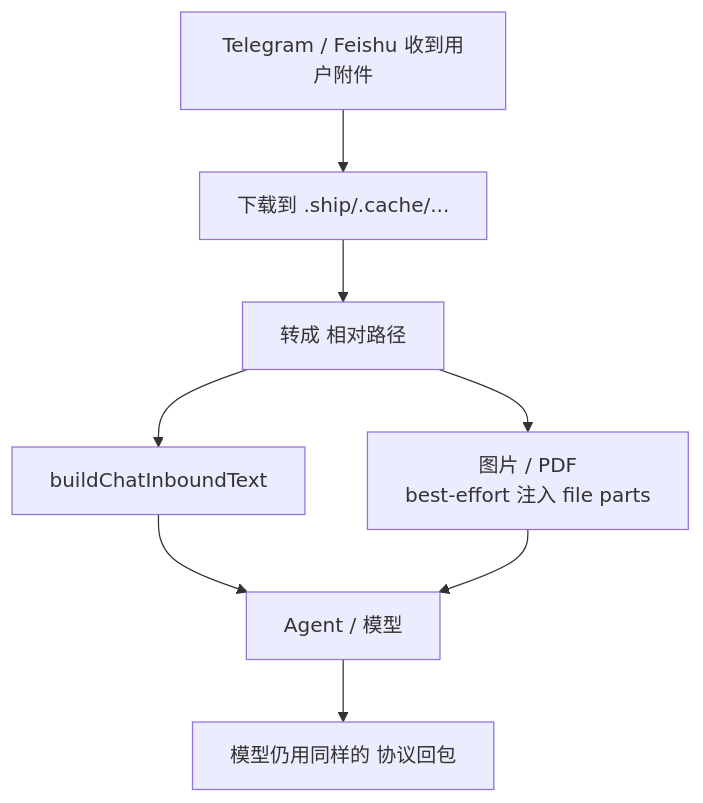
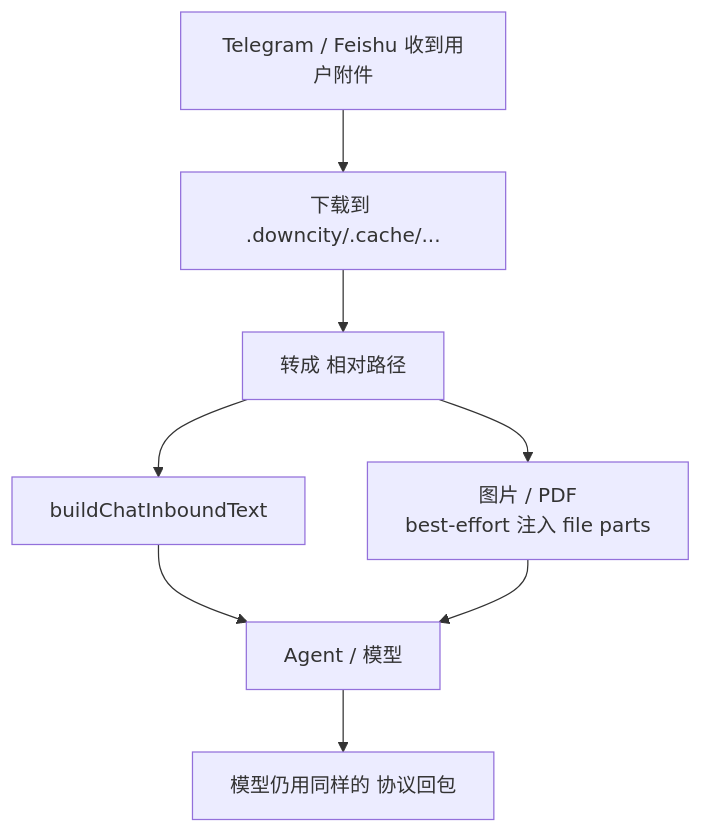
The third of 3 diagrams in docs/channel.mdx (wangenius/downcity), drawn with Mermaid before and after one commit. The commit also changed 240 other files, not shown here.

````diff
--- a/docs/channel.mdx
+++ b/docs/channel.mdx
@@ -62,11 +62,11 @@
 ```mermaid
 flowchart TD
-    A["Telegram / Feishu 收到用户附件"] --> B["下载到 .ship/.cache/..."]
+    A["Telegram / Feishu 收到用户附件"] --> B["下载到 .downcity/.cache/..."]
     B --> C["转成 <file type='...'>相对路径</file>"]
     C --> D["buildChatInboundText"]
     D --> E["Agent / 模型"]
     C --> E2["图片 / PDF
     best-effort 注入 file parts"]
     E2 --> E
     E --> F["模型仍用同样的 <file> 协议回包"]
 ```
````
